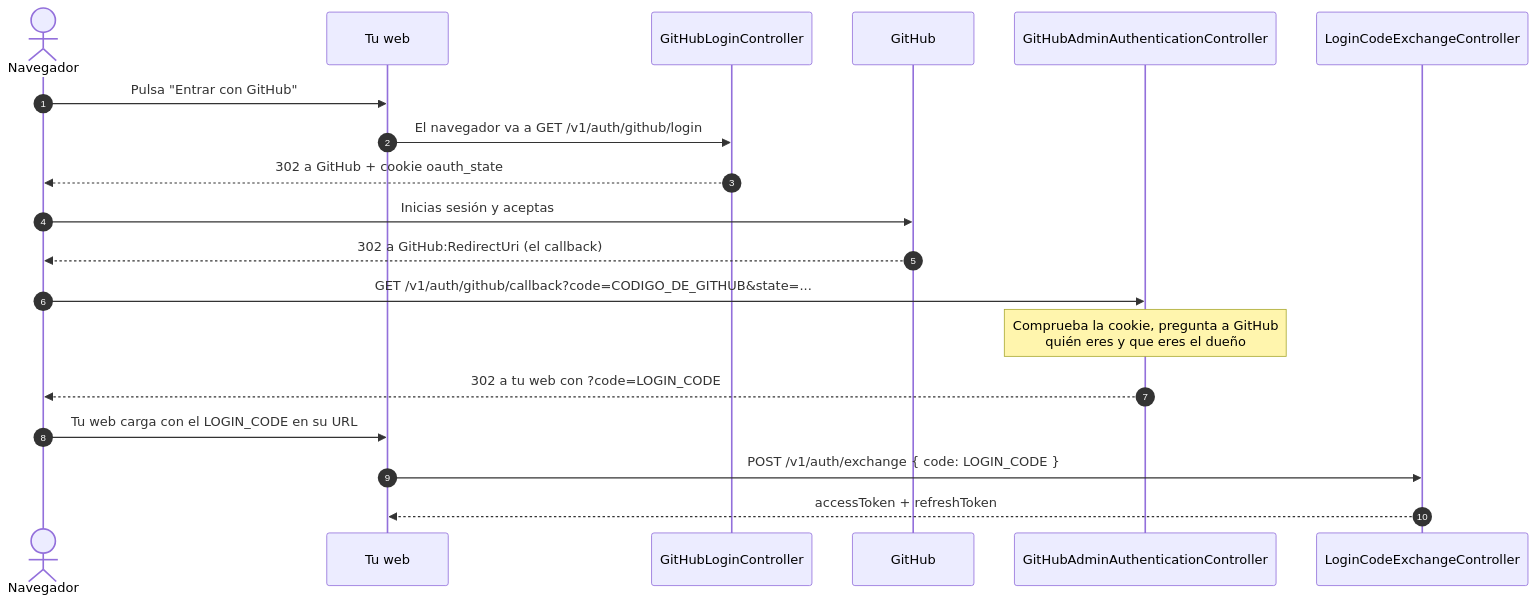
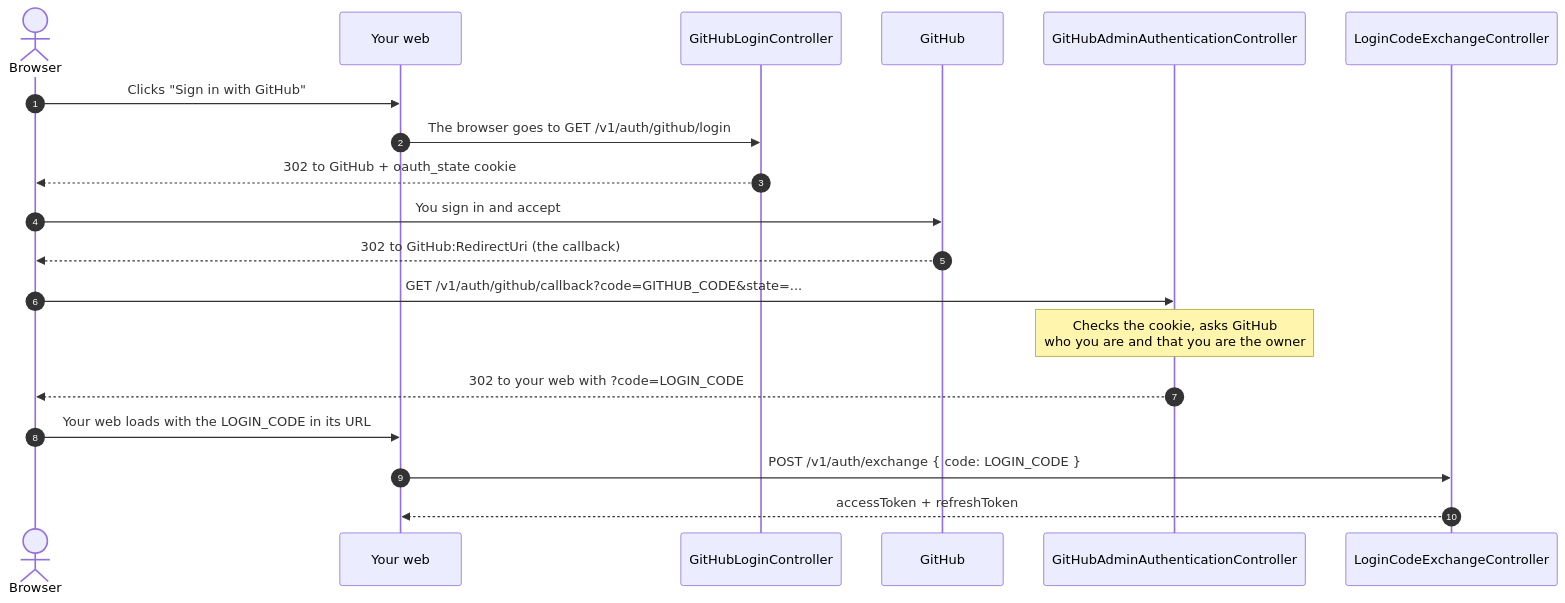
Before and after one commit to FernandoPerera/Portfolio.Api: the diagram in docs/authentication.md, drawn with Mermaid. The commit also changed other lines of this file, not shown here.

Commit message:
docs(auth): translate the authentication guide to English

````diff
--- a/docs/authentication.md
+++ b/docs/authentication.md
@@ -39,22 +39,22 @@
 ```mermaid
 sequenceDiagram
     autonumber
-    actor N as Navegador
-    participant W as Tu web
+    actor N as Browser
+    participant W as Your web
     participant L as GitHubLoginController
     participant G as GitHub
     participant CB as GitHubAdminAuthenticationController
     participant EX as LoginCodeExchangeController
 
-    N->>W: Pulsa "Entrar con GitHub"
-    W->>L: El navegador va a GET /v1/auth/github/login
-    L-->>N: 302 a GitHub + cookie oauth_state
-    N->>G: Inicias sesión y aceptas
-    G-->>N: 302 a GitHub:RedirectUri (el callback)
-    N->>CB: GET /v1/auth/github/callback?code=CODIGO_DE_GITHUB&state=...
-    Note over CB: Comprueba la cookie, pregunta a GitHub<br/>quién eres y que eres el dueño
-    CB-->>N: 302 a tu web con ?code=LOGIN_CODE
-    N->>W: Tu web carga con el LOGIN_CODE en su URL
+    N->>W: Clicks "Sign in with GitHub"
+    W->>L: The browser goes to GET /v1/auth/github/login
+    L-->>N: 302 to GitHub + oauth_state cookie
+    N->>G: You sign in and accept
+    G-->>N: 302 to GitHub:RedirectUri (the callback)
+    N->>CB: GET /v1/auth/github/callback?code=GITHUB_CODE&state=...
+    Note over CB: Checks the cookie, asks GitHub<br/>who you are and that you are the owner
+    CB-->>N: 302 to your web with ?code=LOGIN_CODE
+    N->>W: Your web loads with the LOGIN_CODE in its URL
     W->>EX: POST /v1/auth/exchange { code: LOGIN_CODE }
     EX-->>W: accessToken + refreshToken
 ```
````
